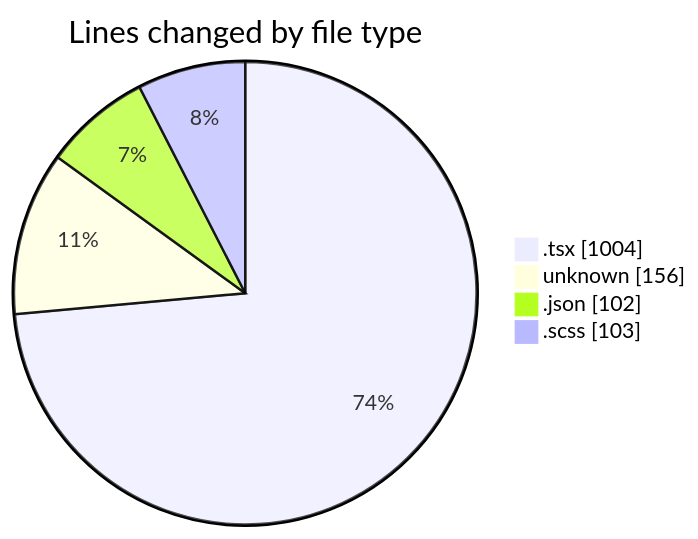
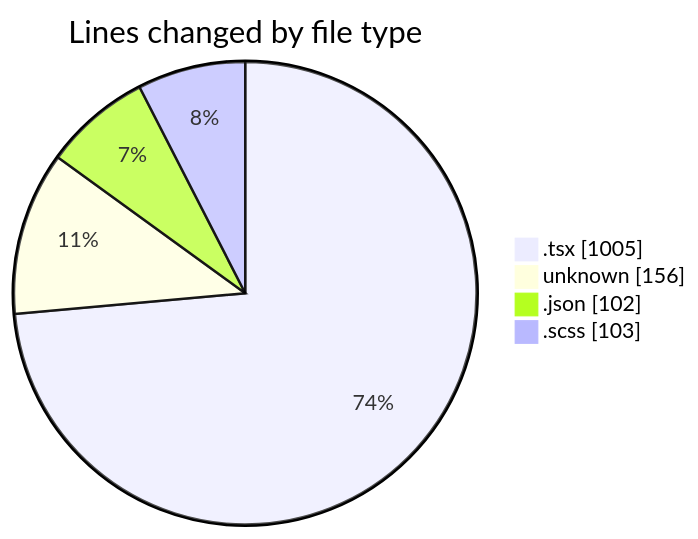
The first of 2 diagrams in 2026-09-28/cda/README.md (momahboobian/code-tracking), drawn with Mermaid before and after one commit. The commit also changed other lines of this file and 1 other file, not shown here.

````diff
--- a/2026-09-28/cda/README.md
+++ b/2026-09-28/cda/README.md
@@ -26,8 +26,8 @@
 ```mermaid
 pie showData
 title Lines changed by file type
-".tsx" : 1004
+".tsx" : 1005
 "unknown" : 156
 ".json" : 102
 ".scss" : 103
 ```
````
